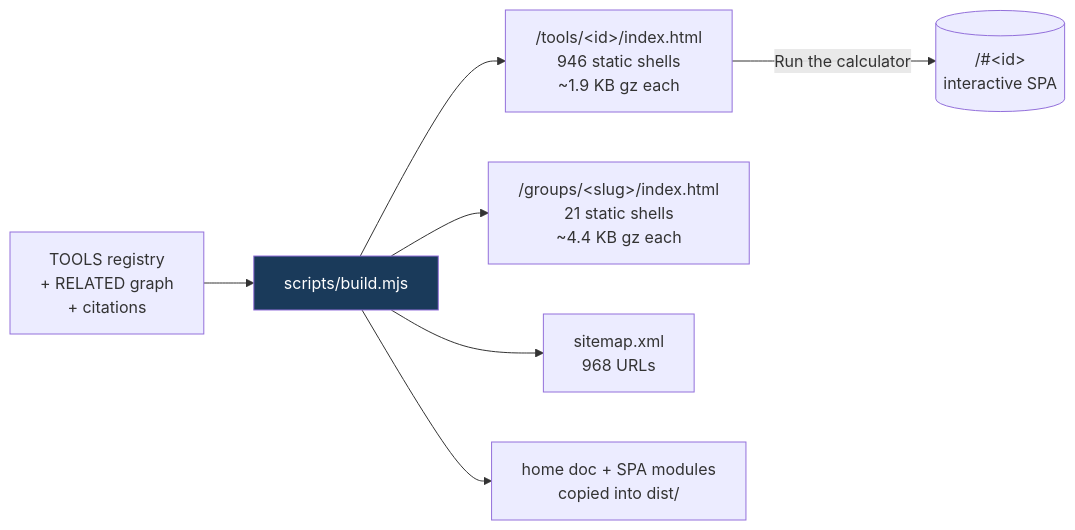
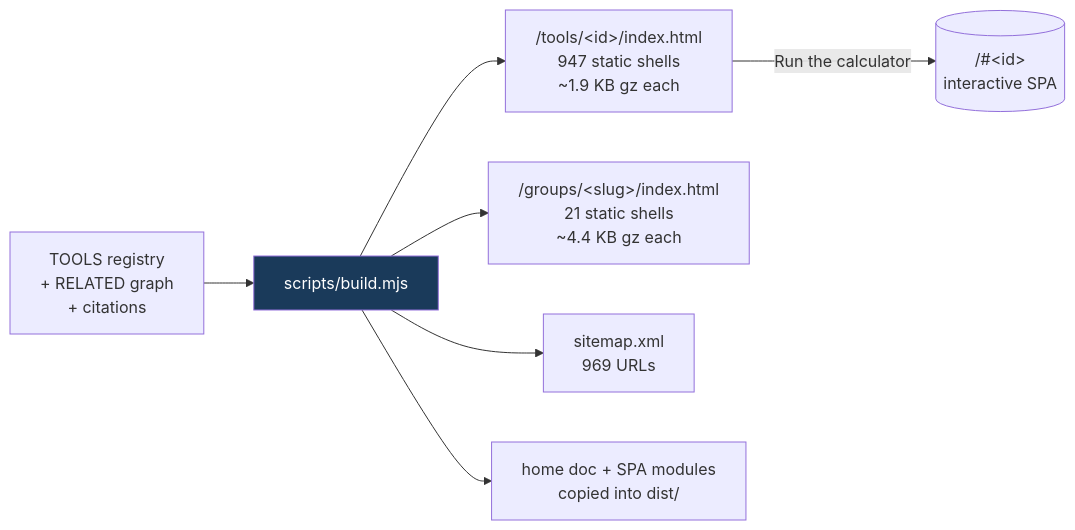
Before and after one commit to clay-good/roughlogic.com: the fifth of 8 diagrams in README.md, drawn with Mermaid. The commit also changed other lines of this file and 12 other files, not shown here.

````diff
--- a/README.md
+++ b/README.md
@@ -495,10 +495,10 @@
 ```mermaid
 flowchart LR
     SRC[TOOLS registry\n+ RELATED graph\n+ citations] --> BUILD[scripts/build.mjs]
-    BUILD --> TILE["/tools/&lt;id&gt;/index.html\n946 static shells\n~1.9 KB gz each"]
+    BUILD --> TILE["/tools/&lt;id&gt;/index.html\n947 static shells\n~1.9 KB gz each"]
     BUILD --> GROUP["/groups/&lt;slug&gt;/index.html\n21 static shells\n~4.4 KB gz each"]
-    BUILD --> MAP["sitemap.xml\n968 URLs"]
+    BUILD --> MAP["sitemap.xml\n969 URLs"]
     BUILD --> COPY[home doc + SPA modules\ncopied into dist/]
     TILE -->|Run the calculator| SPA[("/#&lt;id&gt;\ninteractive SPA")]
     style BUILD fill:#1a3a5a,color:#fff
 ```
````
